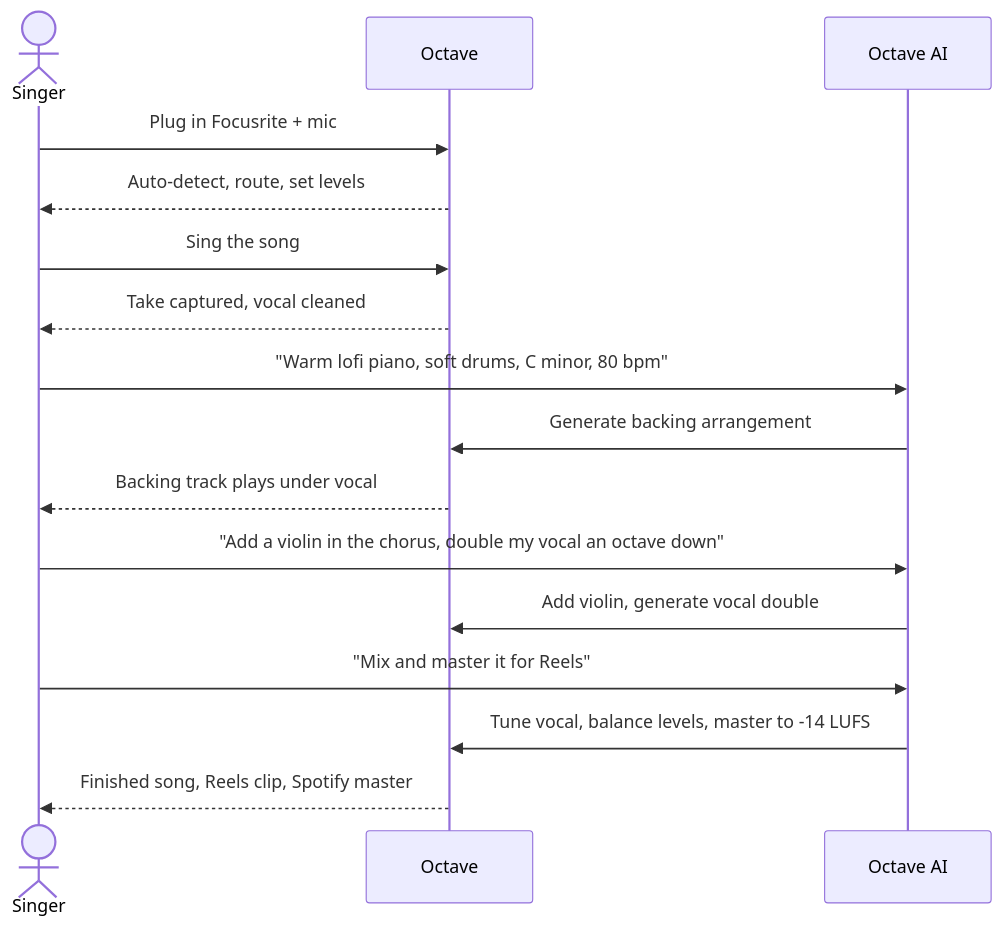
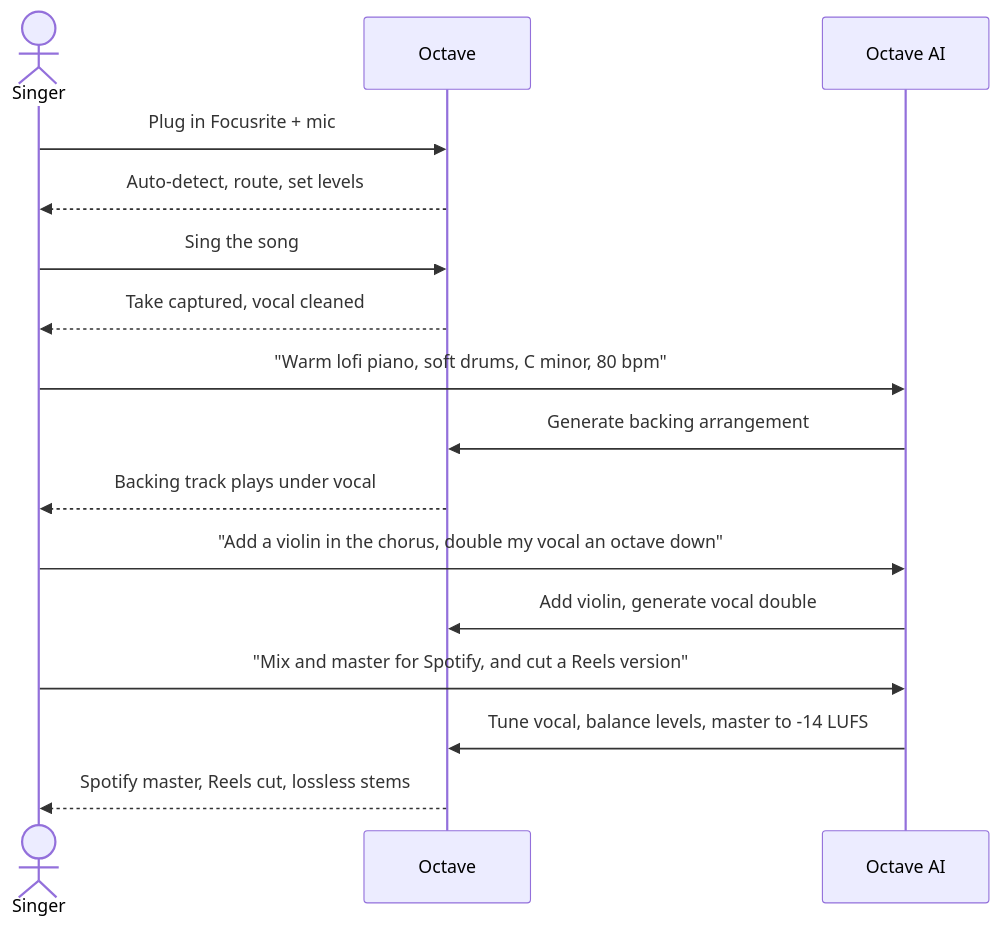
One commit to sandeepsj/octave changed the first of 4 diagrams in PLAN.md. Above: the diagram before and after it, drawn with Mermaid. The commit also changed other lines of this file and 1 other file, not shown here.

````diff
--- a/PLAN.md
+++ b/PLAN.md
@@ -60,18 +67,18 @@
 ```mermaid
 sequenceDiagram
     actor Singer
     participant Octave
     participant AI as Octave AI
     Singer->>Octave: Plug in Focusrite + mic
     Octave-->>Singer: Auto-detect, route, set levels
     Singer->>Octave: Sing the song
     Octave-->>Singer: Take captured, vocal cleaned
     Singer->>AI: "Warm lofi piano, soft drums, C minor, 80 bpm"
     AI->>Octave: Generate backing arrangement
     Octave-->>Singer: Backing track plays under vocal
     Singer->>AI: "Add a violin in the chorus, double my vocal an octave down"
     AI->>Octave: Add violin, generate vocal double
-    Singer->>AI: "Mix and master it for Reels"
+    Singer->>AI: "Mix and master for Spotify, and cut a Reels version"
     AI->>Octave: Tune vocal, balance levels, master to -14 LUFS
-    Octave-->>Singer: Finished song, Reels clip, Spotify master
+    Octave-->>Singer: Spotify master, Reels cut, lossless stems
 ```
````
